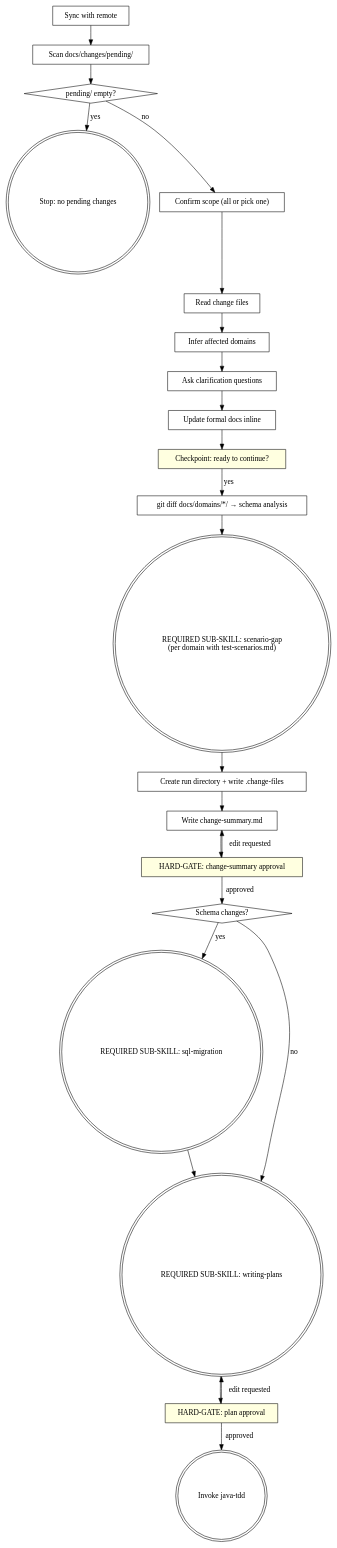
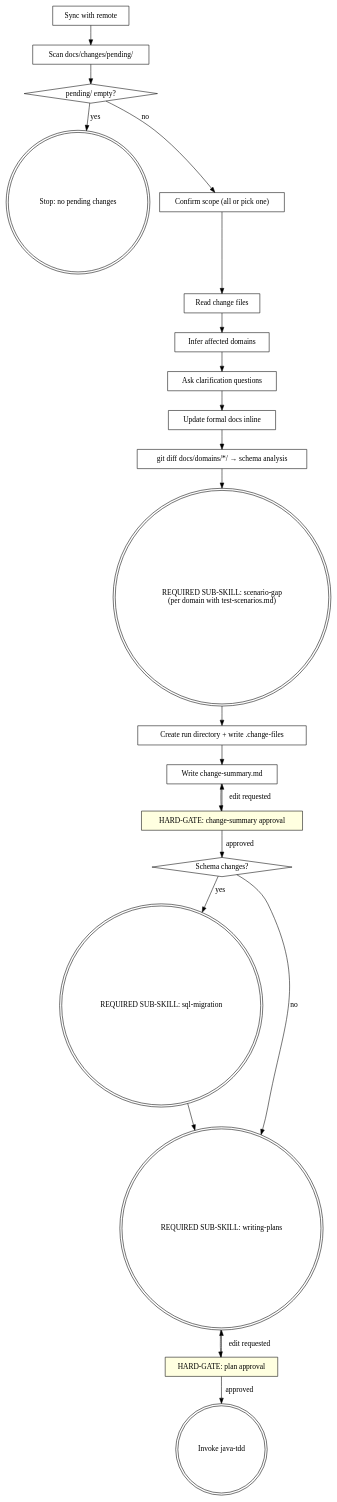
One commit to honghaowuu/jkit changed the diagram in skills/spec-delta/SKILL.md. Above: the diagram before and after it, drawn with Graphviz. The commit also changed other lines of this file, not shown here.

Commit message:
refactor: remove doc review checkpoint — git reset is the escape hatch

````diff
--- a/skills/spec-delta/SKILL.md
+++ b/skills/spec-delta/SKILL.md
@@ -30,47 +29,45 @@
 ```dot
 digraph spec_delta {
     "Sync with remote" [shape=box];
     "Scan docs/changes/pending/" [shape=box];
     "pending/ empty?" [shape=diamond];
     "Stop: no pending changes" [shape=doublecircle];
     "Confirm scope (all or pick one)" [shape=box];
     "Read change files" [shape=box];
     "Infer affected domains" [shape=box];
     "Ask clarification questions" [shape=box];
     "Update formal docs inline" [shape=box];
-    "Checkpoint: ready to continue?" [shape=box style=filled fillcolor=lightyellow];
     "git diff docs/domains/*/ → schema analysis" [shape=box];
     "REQUIRED SUB-SKILL: scenario-gap\n(per domain with test-scenarios.md)" [shape=doublecircle];
     "Create run directory + write .change-files" [shape=box];
     "Write change-summary.md" [shape=box];
     "HARD-GATE: change-summary approval" [shape=box style=filled fillcolor=lightyellow];
     "Schema changes?" [shape=diamond];
     "REQUIRED SUB-SKILL: sql-migration" [shape=doublecircle];
     "REQUIRED SUB-SKILL: writing-plans" [shape=doublecircle];
     "HARD-GATE: plan approval" [shape=box style=filled fillcolor=lightyellow];
     "Invoke java-tdd" [shape=doublecircle];
 
     "Sync with remote" -> "Scan docs/changes/pending/";
     "Scan docs/changes/pending/" -> "pending/ empty?";
     "pending/ empty?" -> "Stop: no pending changes" [label="yes"];
     "pending/ empty?" -> "Confirm scope (all or pick one)" [label="no"];
     "Confirm scope (all or pick one)" -> "Read change files";
     "Read change files" -> "Infer affected domains";
     "Infer affected domains" -> "Ask clarification questions";
     "Ask clarification questions" -> "Update formal docs inline";
-    "Update formal docs inline" -> "Checkpoint: ready to continue?";
-    "Checkpoint: ready to continue?" -> "git diff docs/domains/*/ → schema analysis" [label="yes"];
+    "Update formal docs inline" -> "git diff docs/domains/*/ → schema analysis";
     "git diff docs/domains/*/ → schema analysis" -> "REQUIRED SUB-SKILL: scenario-gap\n(per domain with test-scenarios.md)";
     "REQUIRED SUB-SKILL: scenario-gap\n(per domain with test-scenarios.md)" -> "Create run directory + write .change-files";
     "Create run directory + write .change-files" -> "Write change-summary.md";
     "Write change-summary.md" -> "HARD-GATE: change-summary approval";
     "HARD-GATE: change-summary approval" -> "Write change-summary.md" [label="edit requested"];
     "HARD-GATE: change-summary approval" -> "Schema changes?" [label="approved"];
     "Schema changes?" -> "REQUIRED SUB-SKILL: sql-migration" [label="yes"];
     "Schema changes?" -> "REQUIRED SUB-SKILL: writing-plans" [label="no"];
     "REQUIRED SUB-SKILL: sql-migration" -> "REQUIRED SUB-SKILL: writing-plans";
     "REQUIRED SUB-SKILL: writing-plans" -> "HARD-GATE: plan approval";
     "HARD-GATE: plan approval" -> "Invoke java-tdd" [label="approved"];
     "HARD-GATE: plan approval" -> "REQUIRED SUB-SKILL: writing-plans" [label="edit requested"];
 }
 ```
````
